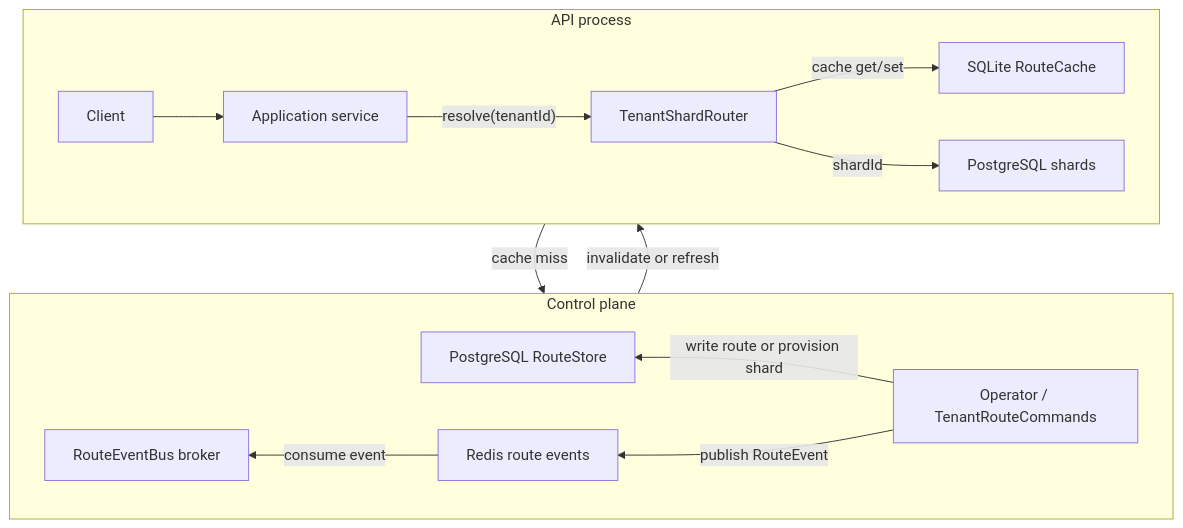
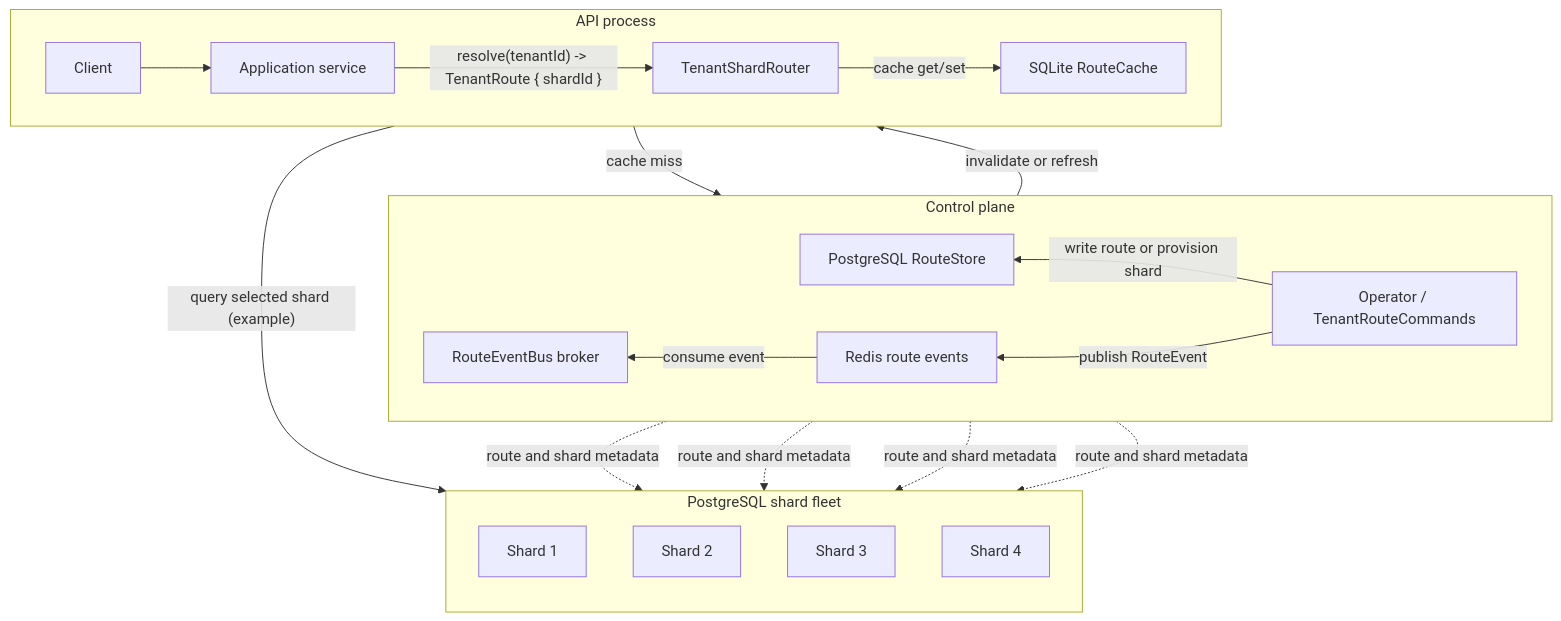
One commit to wei-yuuuu/tenant-router changed the diagram in README.md. Above: the diagram before and after it, drawn with Mermaid.

Commit message:
docs: show shard fleet routing

````diff
--- a/README.md
+++ b/README.md
@@ -17,20 +17,33 @@
 ```mermaid
 flowchart TB
   subgraph ControlPlane["Control plane"]
     direction RL
     Operator["Operator / TenantRouteCommands"] -->|"write route or provision shard"| Store["PostgreSQL RouteStore"]
     Operator -->|"publish RouteEvent"| Redis["Redis route events"]
     Redis -->|"consume event"| Broker["RouteEventBus broker"]
   end
 
   subgraph DataPlane["API process"]
     direction LR
     Client["Client"] --> API["Application service"]
-    API -->|"resolve(tenantId)"| Router["TenantShardRouter"]
+    API -->|"resolve(tenantId) -> TenantRoute { shardId }"| Router["TenantShardRouter"]
     Router -->|"cache get/set"| Cache["SQLite RouteCache"]
     Router -->|"cache miss"| Store
-    Router -->|"shardId"| Shards["PostgreSQL shards"]
   end
 
   Broker -->|"invalidate or refresh"| Router
+
+  subgraph ShardFleet["PostgreSQL shard fleet"]
+    direction TB
+    Shard1["Shard 1"]
+    Shard2["Shard 2"]
+    Shard3["Shard 3"]
+    Shard4["Shard 4"]
+  end
+
+  Store -. "route and shard metadata" .-> Shard1
+  Store -. "route and shard metadata" .-> Shard2
+  Store -. "route and shard metadata" .-> Shard3
+  Store -. "route and shard metadata" .-> Shard4
+  API -->|"query selected shard (example)"| Shard2
 ```
````
